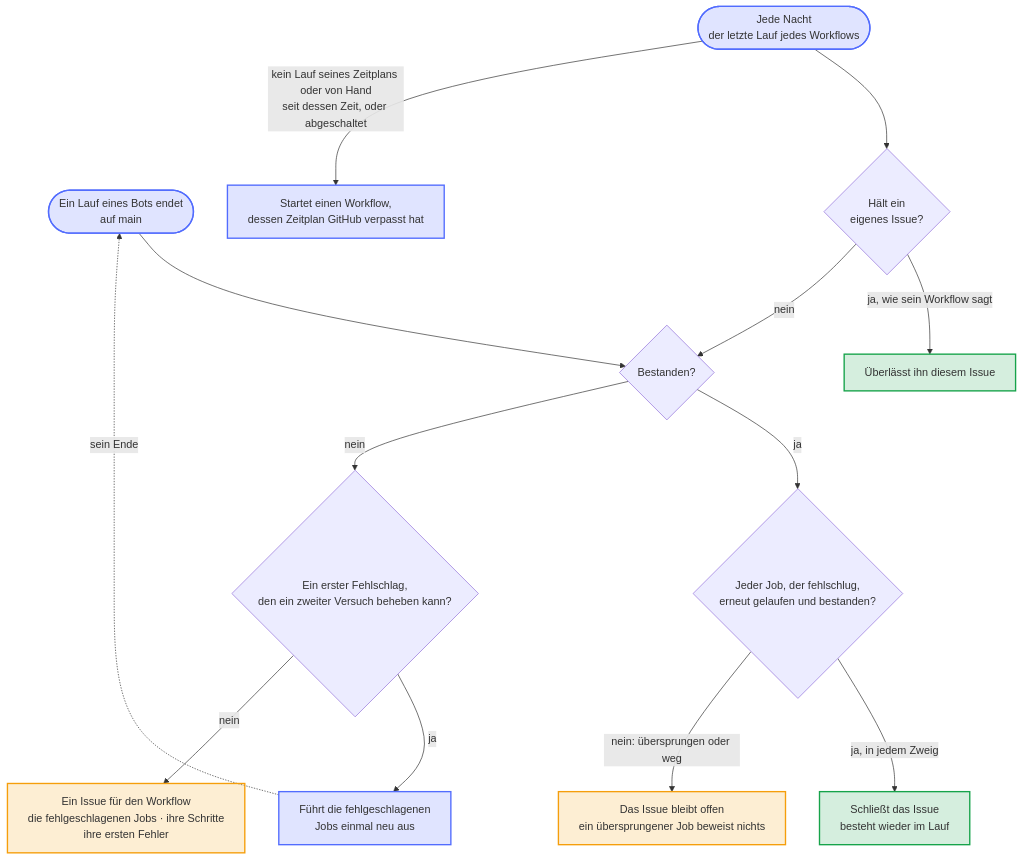
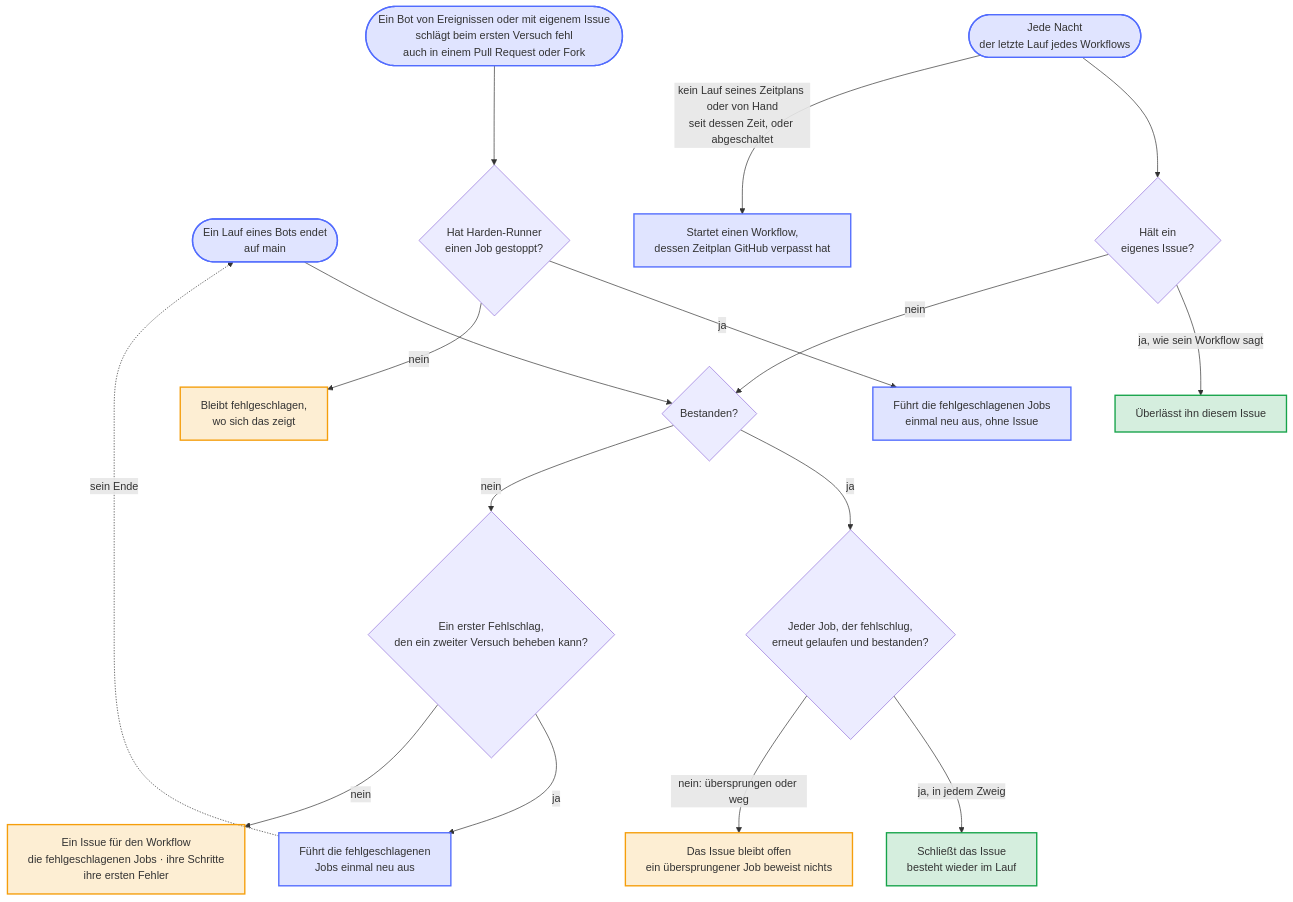
One commit to Dennis-Otto/repo-blueprint changed the diagram in docs/diagrams/what-the-bot-health-bot-does-when-a-bot-fails.de.mmd. Above: the diagram before and after it, drawn with Mermaid. The commit also changed 17 other files, not shown here.

First line of the commit message:
fix(ci): every workflow that Harden-Runner stops runs again by itself (#811)

```diff
--- a/docs/diagrams/what-the-bot-health-bot-does-when-a-bot-fails.de.mmd
+++ b/docs/diagrams/what-the-bot-health-bot-does-when-a-bot-fails.de.mmd
@@ -1,41 +1,48 @@
 ---
 config:
   flowchart:
     wrappingWidth: 400
 ---
 flowchart TB
     accTitle: Was der Bot für den Zustand der Bots tut, wenn ein Bot fehlschlägt
-    accDescr: Wenn ein Lauf eines Bots oder eines geplanten Workflows auf dem Standardbranch endet, sieht der Bot ihn sich an; Läufe von Pull Requests starten nichts. Ein erster Fehlschlag, den ein zweiter Versuch beheben kann, führt seine fehlgeschlagenen Jobs einmal neu aus. Ein Fehlschlag, der bleibt, öffnet ein Issue für den Workflow oder aktualisiert es, mit den fehlgeschlagenen Jobs, ihren Schritten und ihren ersten Fehlern. Ein Lauf, der besteht, schließt das Issue, sobald jeder Job, der fehlschlug, in ihm erneut lief und bestand, in jedem Zweig einer Matrix; ein Lauf, der einen solchen Job übersprang, oder einer ohne ihn lässt das Issue offen. Jede Nacht sieht sich der Bot den letzten Lauf jedes Workflows an, falls GitHub ein Ereignis verloren hat, überlässt aber einen Workflow, der ein eigenes Issue hält, diesem Issue. Er startet einen Workflow, dessen Zeitplan GitHub verpasst oder abgeschaltet hat: einen ohne Lauf seines Zeitplans oder von Hand seit der Zeit seines Zeitplans, gleich welche Pushes ihn seitdem ausgeführt haben.
+    accDescr: Wenn ein Lauf eines Bots oder eines geplanten Workflows auf dem Standardbranch endet, sieht der Bot ihn sich an; andere Läufe von Pull Requests starten nichts. Schlägt ein Bot von Ereignissen, etwa Welcome, oder ein Workflow mit eigenem Issue bei seinem ersten Versuch fehl, auch in einem Pull Request oder einem Fork, laufen seine fehlgeschlagenen Jobs ohne Issue einmal neu, wenn Harden-Runner einen von ihnen gestoppt hat; sonst bleibt er fehlgeschlagen, wo sich das zeigt. Ein erster Fehlschlag, den ein zweiter Versuch beheben kann, führt seine fehlgeschlagenen Jobs einmal neu aus. Ein Fehlschlag, der bleibt, öffnet ein Issue für den Workflow oder aktualisiert es, mit den fehlgeschlagenen Jobs, ihren Schritten und ihren ersten Fehlern. Ein Lauf, der besteht, schließt das Issue, sobald jeder Job, der fehlschlug, in ihm erneut lief und bestand, in jedem Zweig einer Matrix; ein Lauf, der einen solchen Job übersprang, oder einer ohne ihn lässt das Issue offen. Jede Nacht sieht sich der Bot den letzten Lauf jedes Workflows an, falls GitHub ein Ereignis verloren hat, überlässt aber einen Workflow, der ein eigenes Issue hält, diesem Issue. Er startet einen Workflow, dessen Zeitplan GitHub verpasst oder abgeschaltet hat: einen ohne Lauf seines Zeitplans oder von Hand seit der Zeit seines Zeitplans, gleich welche Pushes ihn seitdem ausgeführt haben.
 
     run(["Ein Lauf eines Bots endet<br>auf main"])
     nightly(["Jede Nacht<br>der letzte Lauf jedes Workflows"])
     own{"Hält ein<br>eigenes Issue?"}
     left["Überlässt ihn diesem Issue"]
     passed{"Bestanden?"}
     jobs{"Jeder Job, der fehlschlug,<br>erneut gelaufen und bestanden?"}
     waits["Das Issue bleibt offen<br>ein übersprungener Job beweist nichts"]
     first{"Ein erster Fehlschlag,<br>den ein zweiter Versuch beheben kann?"}
     again["Führt die fehlgeschlagenen<br>Jobs einmal neu aus"]
     issue["Ein Issue für den Workflow<br>die fehlgeschlagenen Jobs · ihre Schritte<br>ihre ersten Fehler"]
     closed["Schließt das Issue<br>besteht wieder im Lauf"]
     missed["Startet einen Workflow,<br>dessen Zeitplan GitHub verpasst hat"]
+    event(["Ein Bot von Ereignissen oder mit eigenem Issue<br>schlägt beim ersten Versuch fehl<br>auch in einem Pull Request oder Fork"])
+    stopped{"Hat Harden-Runner<br>einen Job gestoppt?"}
+    retried["Führt die fehlgeschlagenen Jobs<br>einmal neu aus, ohne Issue"]
+    stays["Bleibt fehlgeschlagen,<br>wo sich das zeigt"]
 
     run --> passed
     nightly --> own
     own -- "ja, wie sein Workflow sagt" --> left
     own -- "nein" --> passed
     nightly -- "kein Lauf seines Zeitplans oder von Hand<br>seit dessen Zeit, oder abgeschaltet" --> missed
     passed -- "ja" --> jobs
     jobs -- "ja, in jedem Zweig" --> closed
     jobs -- "nein: übersprungen oder weg" --> waits
     passed -- "nein" --> first
     first -- "ja" --> again
     again -. "sein Ende" .-> run
     first -- "nein" --> issue
+    event --> stopped
+    stopped -- "ja" --> retried
+    stopped -- "nein" --> stays
 
     classDef bot fill:#526cfe2e,stroke:#526cfe,stroke-width:2px
     classDef person fill:#f59e0b2e,stroke:#f59e0b,stroke-width:2px
     classDef done fill:#16a34a2e,stroke:#16a34a,stroke-width:2px
-    class run,nightly,again,missed bot
-    class issue,waits person
+    class run,nightly,again,missed,event,retried bot
+    class issue,waits,stays person
     class closed,left done
```
